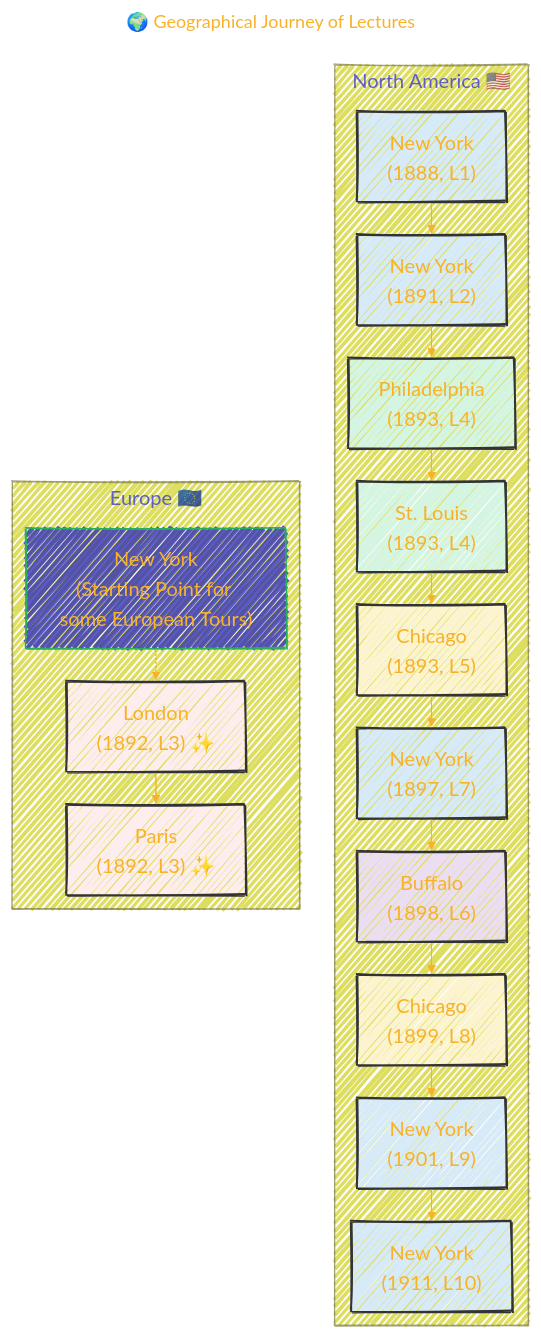
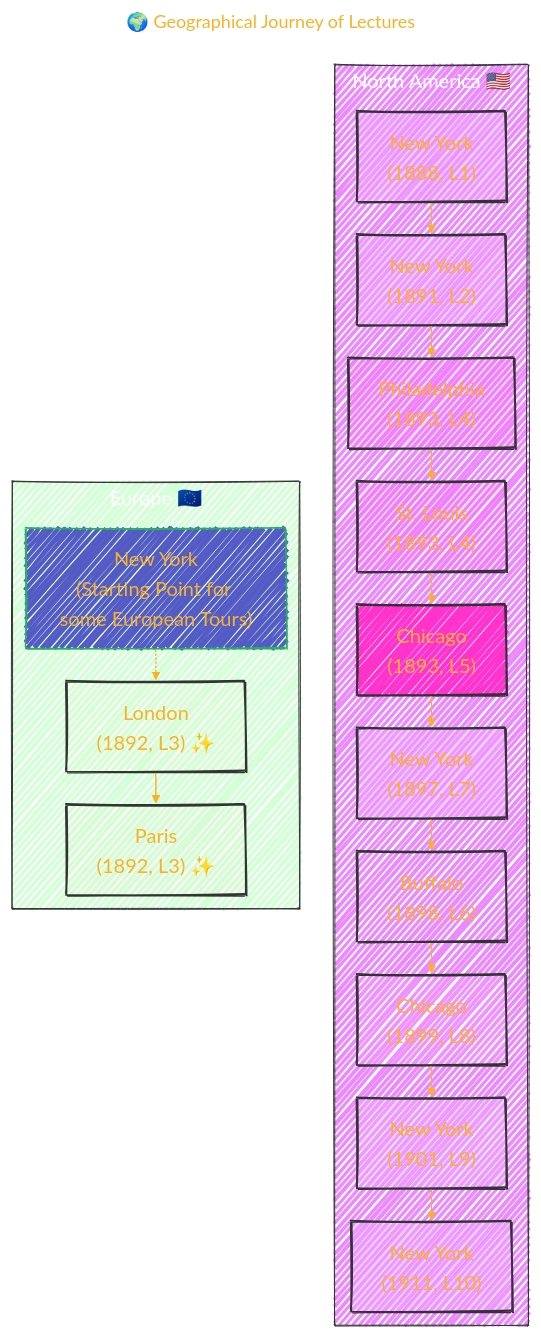
Before and after one commit to CongLeSolutionX/Nikola_Tesla: the second of 6 diagrams in Nikola_Tesla_Museum/Nikola_Tesla_Lectures.md, drawn with Mermaid.

Commit message:
update notes

````diff
--- a/Nikola_Tesla_Museum/Nikola_Tesla_Lectures.md
+++ b/Nikola_Tesla_Museum/Nikola_Tesla_Lectures.md
@@ -136,63 +136,65 @@
 ```mermaid
 ---
 title: "🌍 Geographical Journey of Lectures"
 author: "Cong Le"
 version: "1.0"
 license(s): "MIT, CC BY-SA 4.0"
 copyright: "Copyright (c) 2025 Cong Le. All Rights Reserved."
 config:
   layout: elk
   theme: base
   look: handDrawn
 ---
 %%%%%%%% Mermaid version v11.4.1-b.14
 %%%%%%%% Available curve styles include the following keywords:
 %% basis, bumpX, bumpY, cardinal, catmullRom, linear, monotoneX, monotoneY, natural, step, stepAfter, stepBefore.
 %%{
   init: {
     'flowchart': { 'htmlLabels': true, 'curve': 'basis' },
     'fontFamily': 'American Typewriter, monospace',
     'logLevel': 'fatal',
     'themeVariables': {
       'primaryColor': '#22BB',
       'primaryTextColor': '#F8B229',
       'lineColor': '#F8B229',
       'primaryBorderColor': '#27AE60',
       'secondaryColor': '#E2F1',
       'secondaryTextColor': '#6C3483',
       'secondaryBorderColor': '#A569BD',
       'fontSize': '20px'
     }
   }
 }%%
 flowchart TD
     subgraph North_America["North America 🇺🇸"]
+    style North_America fill:#D2F8,stroke:#333,stroke-width:1px, color: #FFFF
         N1["New York<br/>(1888, L1)"] --> N2["New York<br/>(1891, L2)"]
         N2 --> P1["Philadelphia<br/>(1893, L4)"]
         P1 --> S1["St. Louis<br/>(1893, L4)"]
         S1 --> C1["Chicago<br/>(1893, L5)"]
         C1 --> N3["New York<br/>(1897, L7)"]
         N3 --> B1["Buffalo<br/>(1898, L6)"]
         B1 --> C2["Chicago<br/>(1899, L8)"]
         C2 --> N4["New York<br/>(1901, L9)"]
         N4 --> N5["New York<br/>(1911, L10)"]
     end
 
     subgraph Europe["Europe 🇪🇺"]
+    style Europe fill:#2F33,stroke:#333,stroke-width:1px, color: #FFFF
         LNY["New York<br/>(Starting Point for some European Tours)"] -.-> LON["London<br/>(1892, L3) ✨"]
         LON --> PAR["Paris<br/>(1892, L3) ✨"]
     end
 
-    style N1 fill:#D6EAF8,stroke:#333,stroke-width:2px
-    style N2 fill:#D6EAF8,stroke:#333,stroke-width:2px
-    style N3 fill:#D6EAF8,stroke:#333,stroke-width:2px
-    style N4 fill:#D6EAF8,stroke:#333,stroke-width:2px
-    style N5 fill:#D6EAF8,stroke:#333,stroke-width:2px
-    style P1 fill:#D5F5E3,stroke:#333,stroke-width:2px
-    style S1 fill:#D5F5E3,stroke:#333,stroke-width:2px
-    style C1 fill:#FCF3CF,stroke:#333,stroke-width:2px
-    style C2 fill:#FCF3CF,stroke:#333,stroke-width:2px
-    style B1 fill:#EBDEF0,stroke:#333,stroke-width:2px
-    style LON fill:#FDEDEC,stroke:#333,stroke-width:2px
-    style PAR fill:#FDEDEC,stroke:#333,stroke-width:2px
+    style N1 fill:#EAF8,stroke:#333,stroke-width:2px
+    style N2 fill:#EAF8,stroke:#333,stroke-width:2px
+    style N3 fill:#EAF8,stroke:#333,stroke-width:2px
+    style N4 fill:#EAF8,stroke:#333,stroke-width:2px
+    style N5 fill:#EAF8,stroke:#333,stroke-width:2px
+    style P1 fill:#F5E3,stroke:#333,stroke-width:2px
+    style S1 fill:#F5E3,stroke:#333,stroke-width:2px
+    style C1 fill:#F3CF,stroke:#333,stroke-width:2px
+    style C2 fill:#FCF2,stroke:#333,stroke-width:2px
+    style B1 fill:#DEF0,stroke:#333,stroke-width:2px
+    style LON fill:#EEC2,stroke:#333,stroke-width:2px
+    style PAR fill:#EDC2,stroke:#333,stroke-width:2px
 ```
````
